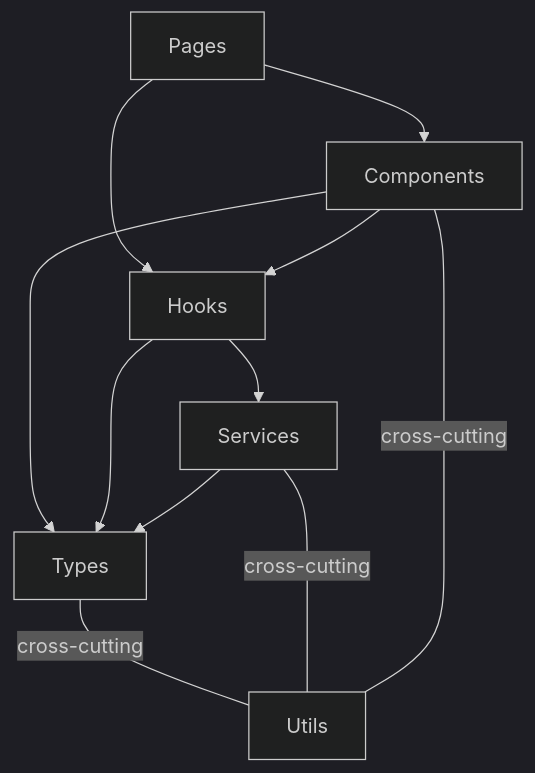
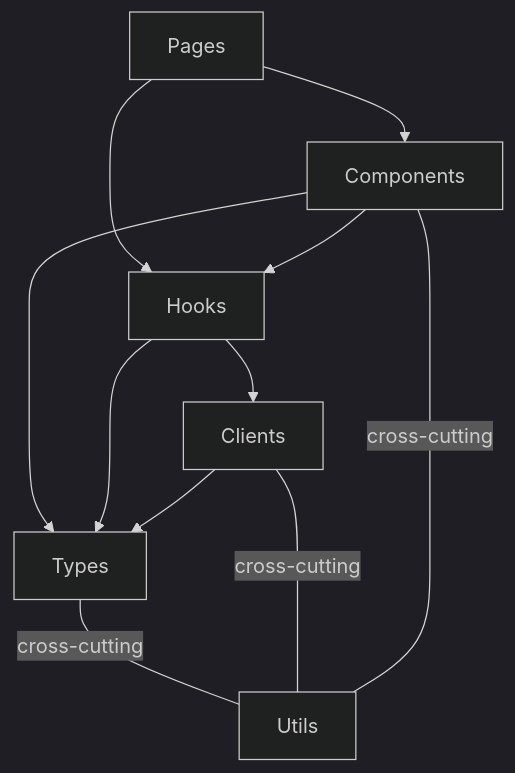
One commit to openshift/faas-console-plugin changed the diagram in docs/ARCHITECTURE.md. Above: the diagram before and after it, drawn with Mermaid (dark theme). The commit also changed other lines of this file and 78 other files, not shown here.

````diff
--- a/docs/ARCHITECTURE.md
+++ b/docs/ARCHITECTURE.md
@@ -9,13 +9,13 @@
 ```mermaid
 flowchart TB
     TYPES[Types] ---|cross-cutting| UTILS[Utils]
-    SERVICES[Services] ---|cross-cutting| UTILS
+    CLIENTS[Clients] ---|cross-cutting| UTILS
     COMPONENTS[Components] ---|cross-cutting| UTILS
     PAGES[Pages] --> COMPONENTS[Components]
     PAGES --> HOOKS[Hooks]
     COMPONENTS --> HOOKS
     COMPONENTS --> TYPES
-    HOOKS --> SERVICES[Services]
+    HOOKS --> CLIENTS[Clients]
     HOOKS --> TYPES
-    SERVICES --> TYPES[Types]
+    CLIENTS --> TYPES[Types]
 ```
````
